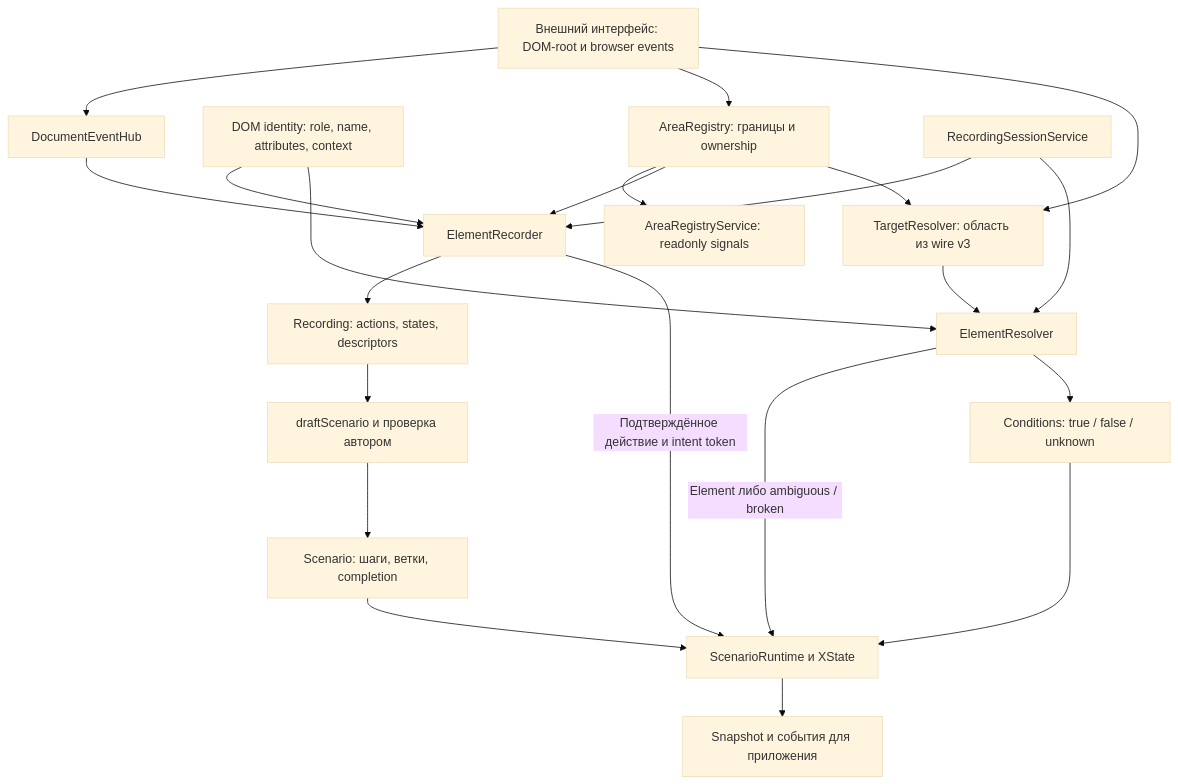
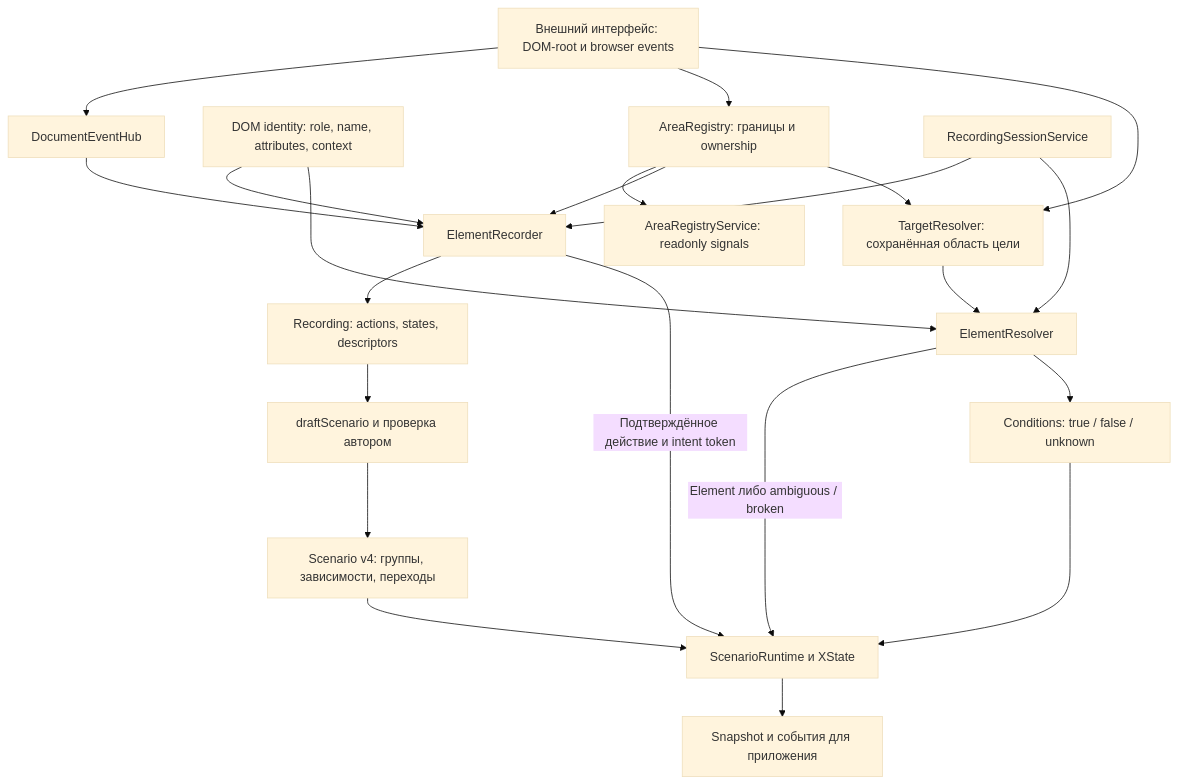
Before and after one commit to a1rat91/training-observer: the diagram in ARCHITECTURE.md, drawn with Mermaid (base theme). The commit also changed other lines of this file and 25 other files, not shown here.

````diff
--- a/ARCHITECTURE.md
+++ b/ARCHITECTURE.md
@@ -122,24 +124,24 @@
 ```mermaid
 flowchart TD
     Host[Внешний интерфейс: DOM-root и browser events] --> Hub[DocumentEventHub]
     Hub --> Recorder[ElementRecorder]
     Identity[DOM identity: role, name, attributes, context] --> Recorder
     Recorder --> Recording[Recording: actions, states, descriptors]
     Recording --> Authoring[draftScenario и проверка автором]
-    Authoring --> Scenario[Scenario: шаги, ветки, completion]
+    Authoring --> Scenario[Scenario v4: группы, зависимости, переходы]
     Scenario --> Runtime[ScenarioRuntime и XState]
     Recorder -->|Подтверждённое действие и intent token| Runtime
     Host --> Registry[AreaRegistry: границы и ownership]
     Registry --> Facade[AreaRegistryService: readonly signals]
     Registry --> Recorder
     Session[RecordingSessionService] --> Recorder
     Session --> Resolver
-    Registry --> Targets[TargetResolver: область из wire v3]
+    Registry --> Targets[TargetResolver: сохранённая область цели]
     Targets --> Resolver[ElementResolver]
     Host --> Targets
     Identity --> Resolver
     Resolver -->|Element либо ambiguous / broken| Runtime
     Resolver --> Conditions[Conditions: true / false / unknown]
     Conditions --> Runtime
     Runtime --> Snapshot[Snapshot и события для приложения]
 ```
````
